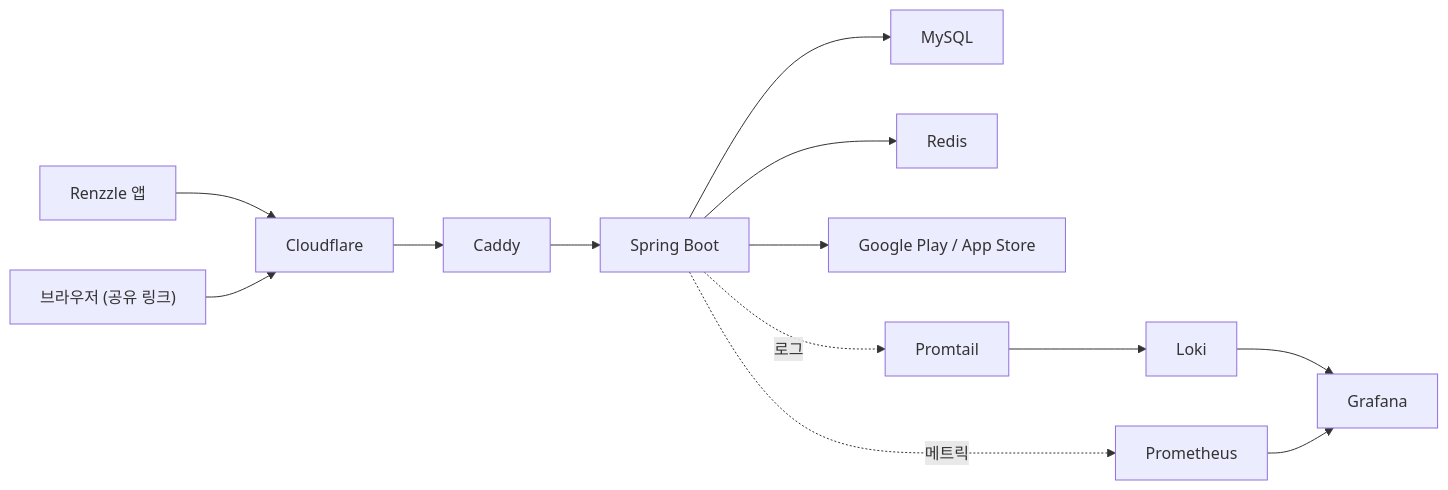
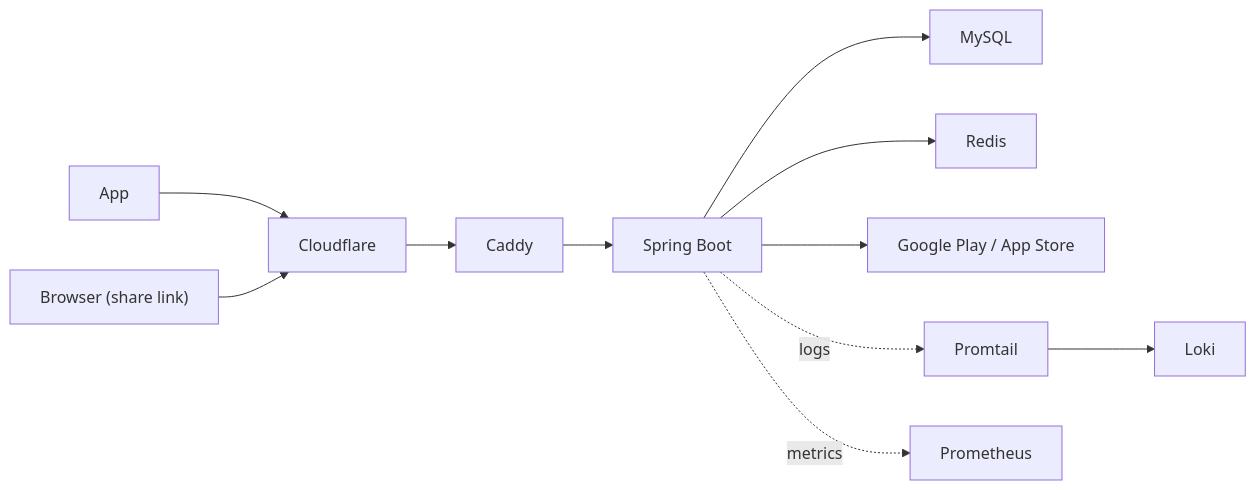
Before and after one commit to Renzzle/Renzzle_BE: the diagram in README.md, drawn with Mermaid. The commit also changed other lines of this file and 1 other file, not shown here.

````diff
--- a/README.md
+++ b/README.md
@@ -50,11 +9,11 @@
 ```mermaid
 flowchart LR
-    App[Renzzle 앱] --> CF[Cloudflare]
-    Web["브라우저 (공유 링크)"] --> CF
+    App[App] --> CF[Cloudflare]
+    Web["Browser (share link)"] --> CF
     CF --> Caddy --> API[Spring Boot]
     API --> MySQL
     API --> Redis
     API --> Store[Google Play / App Store]
-    API -. 로그 .-> Promtail --> Loki --> Grafana
-    API -. 메트릭 .-> Prometheus --> Grafana
+    API -. logs .-> Promtail --> Loki
+    API -. metrics .-> Prometheus
 ```
````
